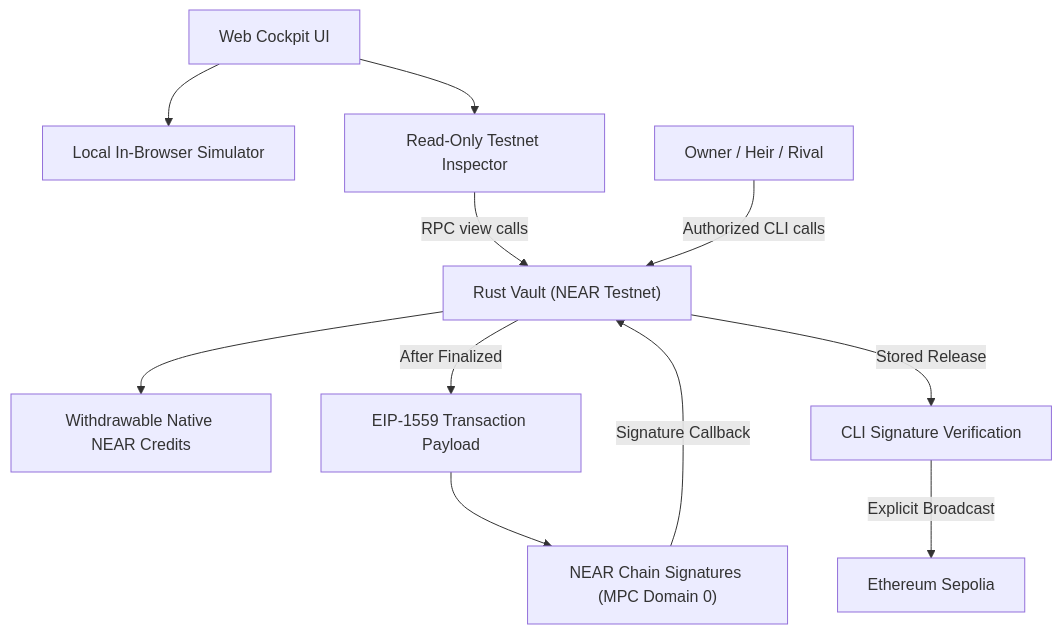
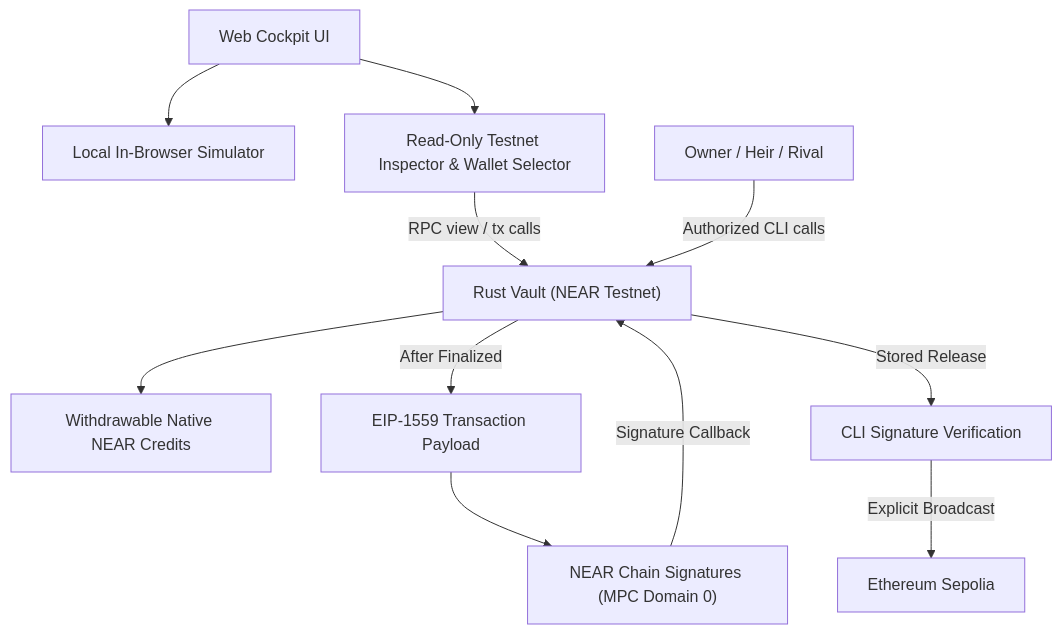
The diagram in README.md (StevBeq/Proof-Of-Grudge), drawn with Mermaid before and after one commit. The commit also changed other lines of this file and 16 other files, not shown here.

````diff
--- a/README.md
+++ b/README.md
@@ -179,13 +201,13 @@
 ```mermaid
 flowchart TD
     Web["Web Cockpit UI"] --> Simulator["Local In-Browser Simulator"]
-    Web --> Inspector["Read-Only Testnet Inspector"]
-    Inspector -->|RPC view calls| Vault["Rust Vault (NEAR Testnet)"]
+    Web --> Inspector["Read-Only Testnet Inspector & Wallet Selector"]
+    Inspector -->|RPC view / tx calls| Vault["Rust Vault (NEAR Testnet)"]
     Actors["Owner / Heir / Rival"] -->|Authorized CLI calls| Vault
     Vault --> Credits["Withdrawable Native NEAR Credits"]
     Vault -->|After Finalized| Payload["EIP-1559 Transaction Payload"]
     Payload --> MPC["NEAR Chain Signatures (MPC Domain 0)"]
     MPC -->|Signature Callback| Vault
     Vault -->|Stored Release| Relay["CLI Signature Verification"]
     Relay -->|Explicit Broadcast| Sepolia["Ethereum Sepolia"]
 ```
````
